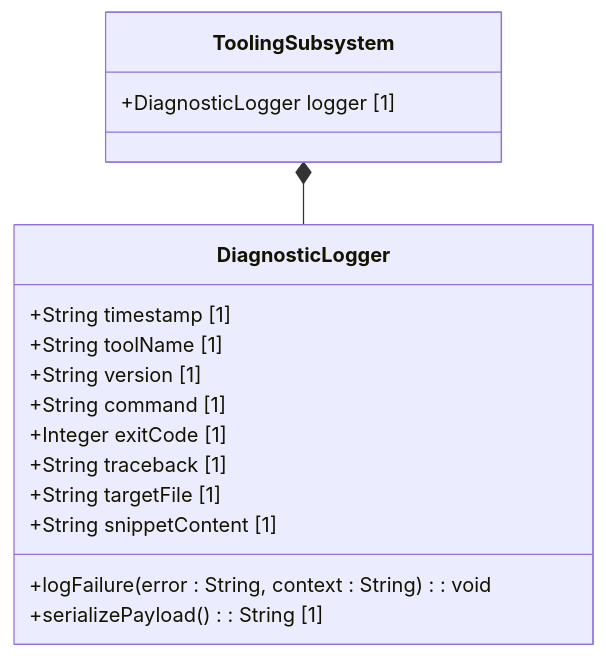
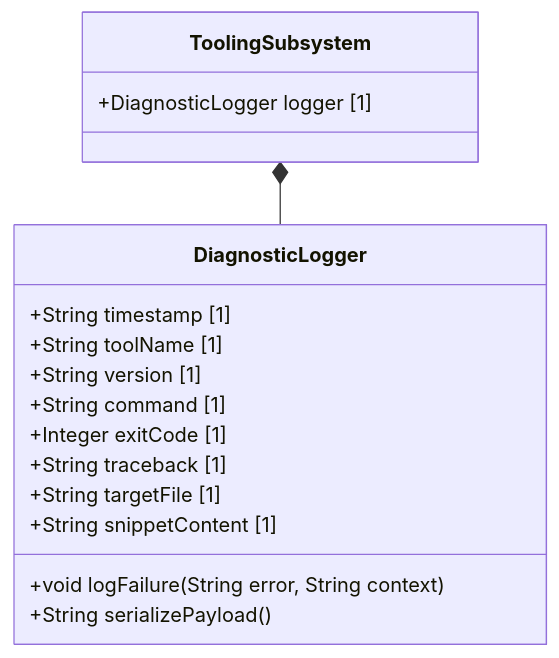
One commit to gintatkinson/digital-pipeline-repo changed the diagram in docs/features/feat-04-diagnostic-payload-generation.md. Above: the diagram before and after it, drawn with Mermaid. The commit also changed 16 other files, not shown here.

Commit message:
feat: implement fix_mermaid_colons.py and repair existing Mermaid class diagrams

````diff
--- a/docs/features/feat-04-diagnostic-payload-generation.md
+++ b/docs/features/feat-04-diagnostic-payload-generation.md
@@ -18,19 +18,19 @@
 ```mermaid
 classDiagram
     class ToolingSubsystem {
         +DiagnosticLogger logger [1]
     }
     class DiagnosticLogger {
         +String timestamp [1]
         +String toolName [1]
         +String version [1]
         +String command [1]
         +Integer exitCode [1]
         +String traceback [1]
         +String targetFile [1]
         +String snippetContent [1]
-        +logFailure(error : String, context : String) : void
-        +serializePayload() : String [1]
+        +void logFailure(String error, String context)
+        +String serializePayload()
     }
     ToolingSubsystem *-- DiagnosticLogger
 ```
````
